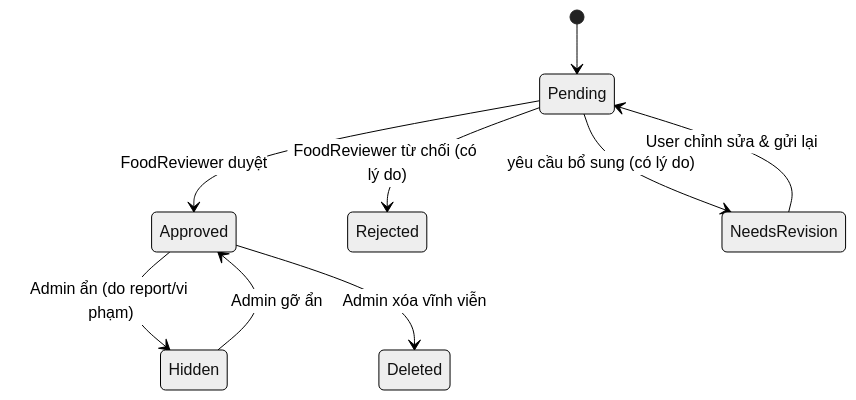
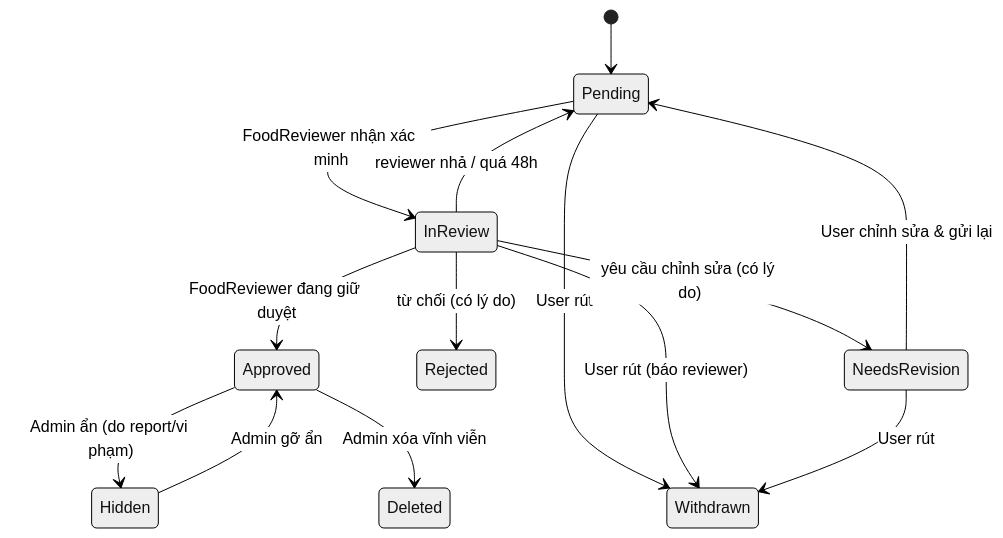
Before and after one commit to vctrong/random-food: the first of 4 diagrams in docs/BR_UC.md, drawn with Mermaid (neutral theme). The commit also changed other lines of this file and 3 other files, not shown here.

````diff
--- a/docs/BR_UC.md
+++ b/docs/BR_UC.md
@@ -212,11 +212,16 @@
 ```mermaid
 stateDiagram-v2
     [*] --> Pending
-    Pending --> Approved: FoodReviewer duyệt
-    Pending --> Rejected: FoodReviewer từ chối (có lý do)
-    Pending --> NeedsRevision: yêu cầu bổ sung (có lý do)
+    Pending --> InReview: FoodReviewer nhận xác minh
+    Pending --> Withdrawn: User rút
+    InReview --> Approved: FoodReviewer đang giữ duyệt
+    InReview --> Rejected: từ chối (có lý do)
+    InReview --> NeedsRevision: yêu cầu chỉnh sửa (có lý do)
+    InReview --> Pending: reviewer nhả / quá 48h
+    InReview --> Withdrawn: User rút (báo reviewer)
     NeedsRevision --> Pending: User chỉnh sửa & gửi lại
+    NeedsRevision --> Withdrawn: User rút
     Approved --> Hidden: Admin ẩn (do report/vi phạm)
     Hidden --> Approved: Admin gỡ ẩn
     Approved --> Deleted: Admin xóa vĩnh viễn
 ```
````
